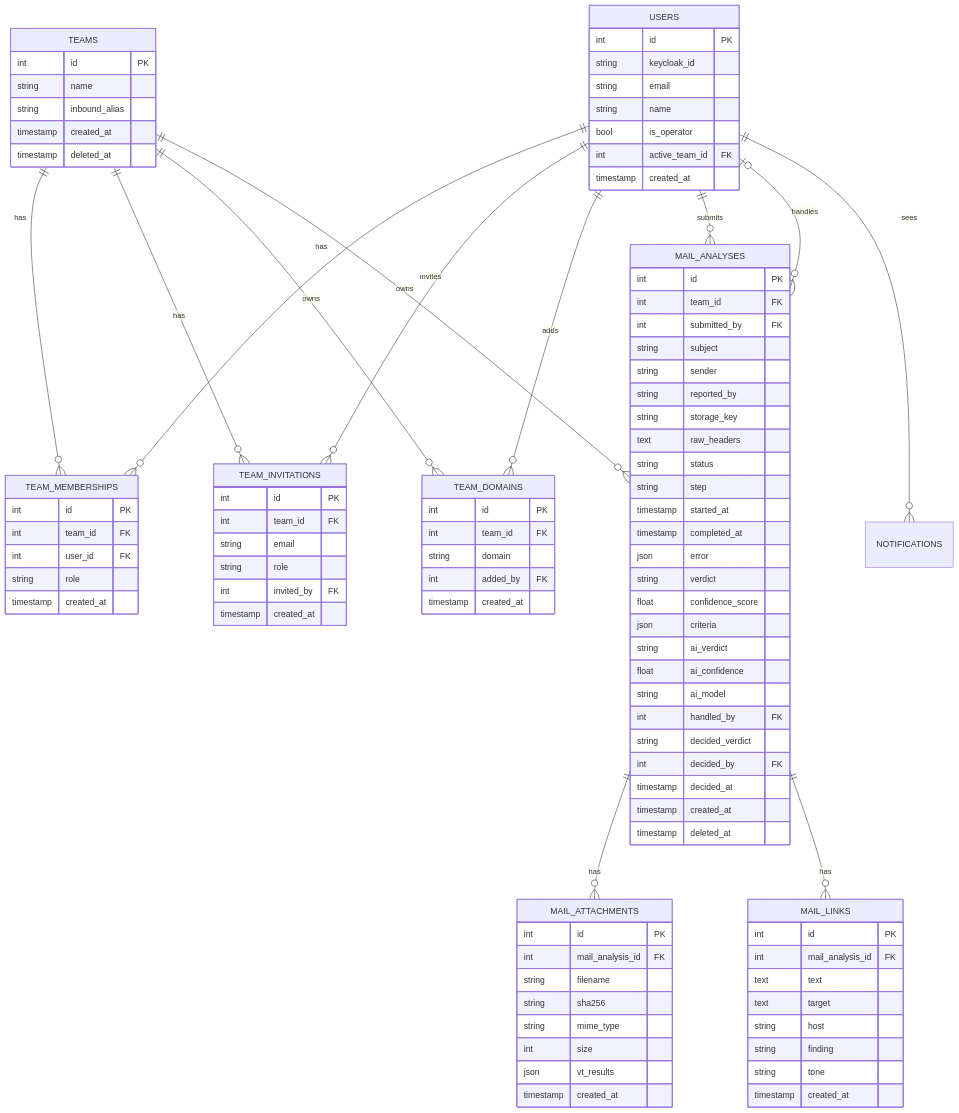
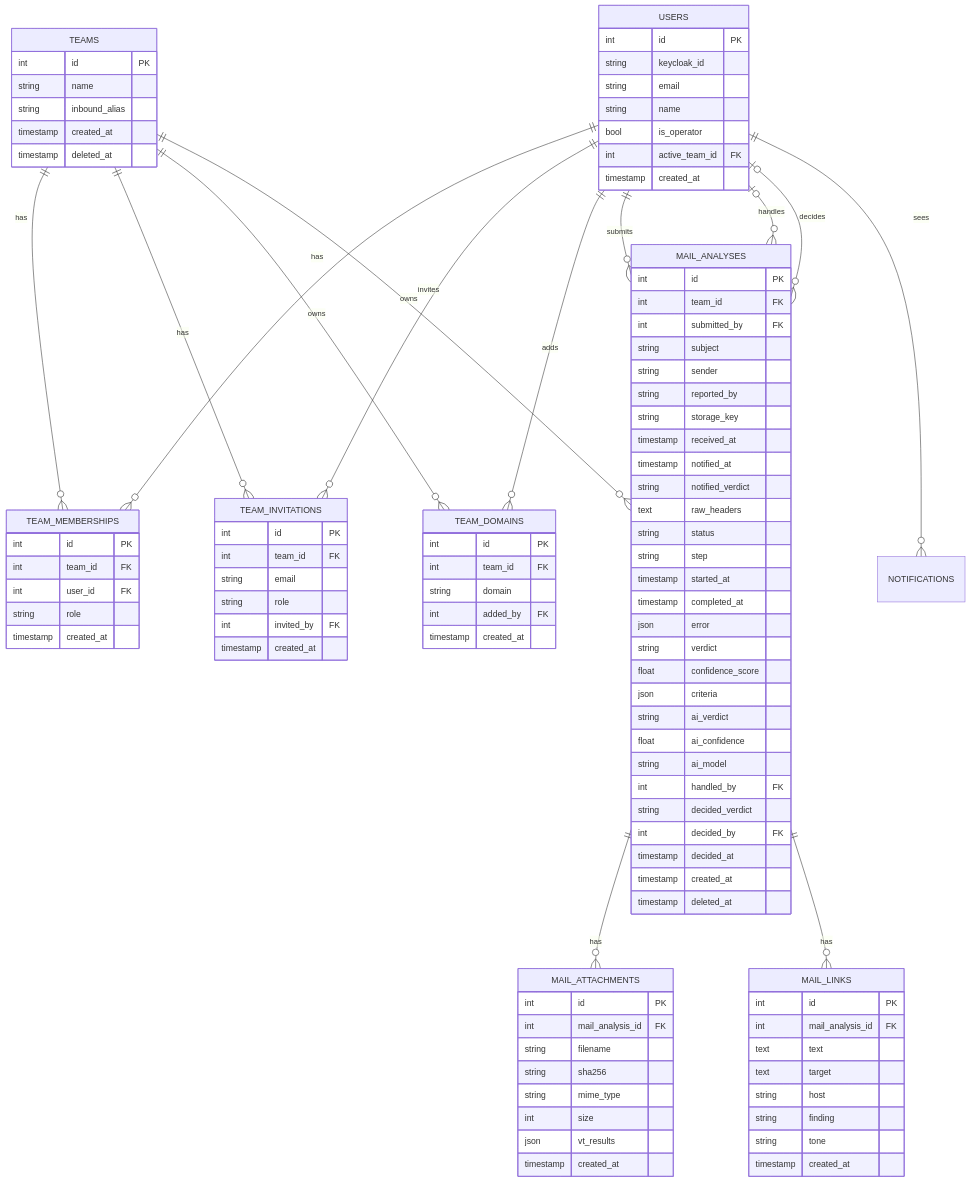
The diagram in docs/data-model.md (teamphive/phisheye), drawn with Mermaid before and after one commit. The commit also changed other lines of this file and 3 other files, not shown here.

```diff
--- a/docs/data-model.md
+++ b/docs/data-model.md
@@ -169,6 +169,7 @@
   TEAMS ||--o{ MAIL_ANALYSES : owns
   USERS ||--o{ MAIL_ANALYSES : submits
   USERS |o--o{ MAIL_ANALYSES : handles
+  USERS |o--o{ MAIL_ANALYSES : decides
   MAIL_ANALYSES ||--o{ MAIL_ATTACHMENTS : has
   MAIL_ANALYSES ||--o{ MAIL_LINKS : has
   USERS ||--o{ NOTIFICATIONS : sees
@@ -219,6 +220,9 @@
     string sender
     string reported_by
     string storage_key
+    timestamp received_at
+    timestamp notified_at
+    string notified_verdict
     text raw_headers
     string status
     string step
```
